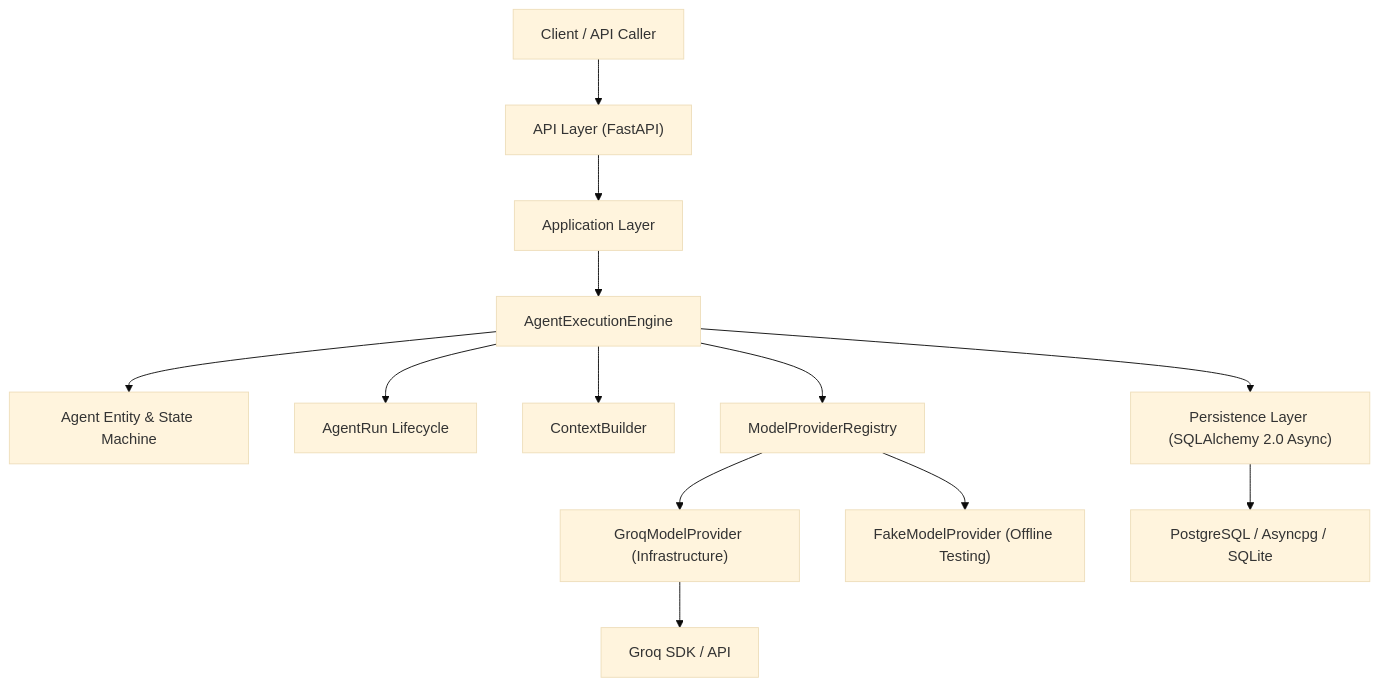
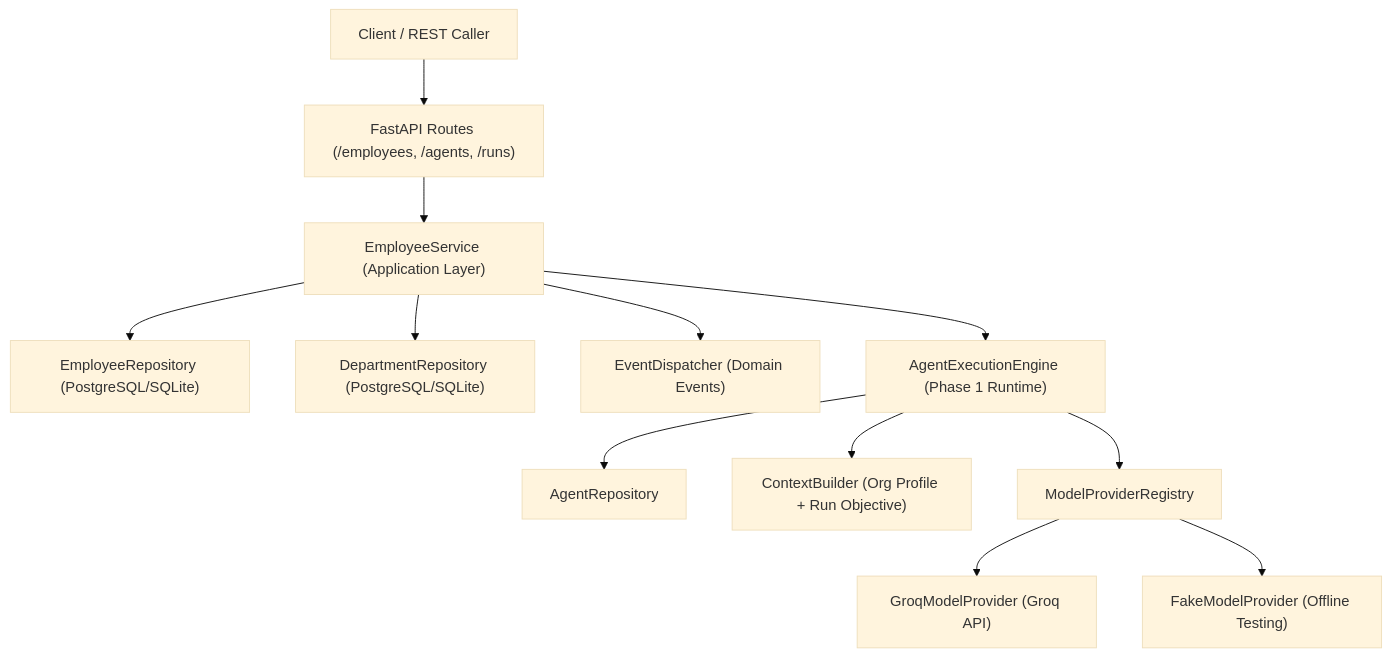
The diagram in docs/architecture.md (HarshadSelokar/Autonomous-Agency), drawn with Mermaid (base theme) before and after one commit. The commit also changed other lines of this file and 1 other file, not shown here.

Commit message:
docs(employee): update architecture and README with Phase 2 details

````diff
--- a/docs/architecture.md
+++ b/docs/architecture.md
@@ -14,15 +15,14 @@
 ```mermaid
 graph TD
-    Client["Client / API Caller"] --> API["API Layer (FastAPI)"]
-    API --> App["Application Layer"]
-    App --> Engine["AgentExecutionEngine"]
-    Engine --> Agent["Agent Entity & State Machine"]
-    Engine --> Run["AgentRun Lifecycle"]
-    Engine --> Context["ContextBuilder"]
+    Client["Client / REST Caller"] --> API["FastAPI Routes (/employees, /agents, /runs)"]
+    API --> Service["EmployeeService (Application Layer)"]
+    Service --> EmpRepo["EmployeeRepository (PostgreSQL/SQLite)"]
+    Service --> DeptRepo["DepartmentRepository (PostgreSQL/SQLite)"]
+    Service --> EventDisp["EventDispatcher (Domain Events)"]
+    Service --> Engine["AgentExecutionEngine (Phase 1 Runtime)"]
+    Engine --> AgentRepo["AgentRepository"]
+    Engine --> Context["ContextBuilder (Org Profile + Run Objective)"]
     Engine --> Reg["ModelProviderRegistry"]
-    Reg --> Groq["GroqModelProvider (Infrastructure)"]
+    Reg --> Groq["GroqModelProvider (Groq API)"]
     Reg --> Fake["FakeModelProvider (Offline Testing)"]
-    Groq --> GroqAPI["Groq SDK / API"]
-    Engine --> Persistence["Persistence Layer (SQLAlchemy 2.0 Async)"]
-    Persistence --> Postgres["PostgreSQL / Asyncpg / SQLite"]
 ```
````
